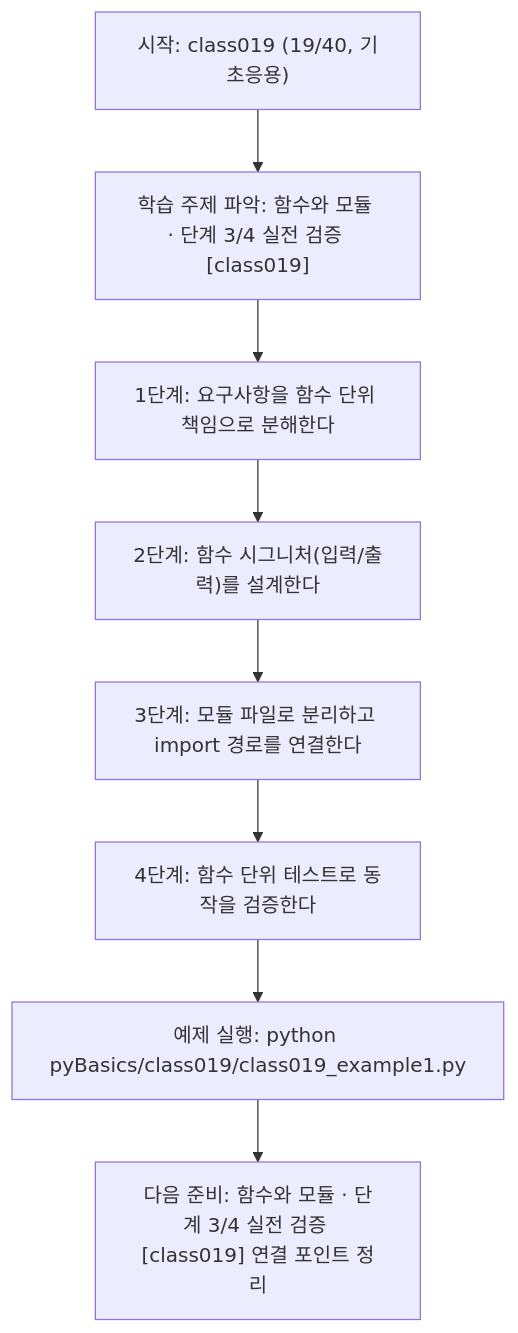
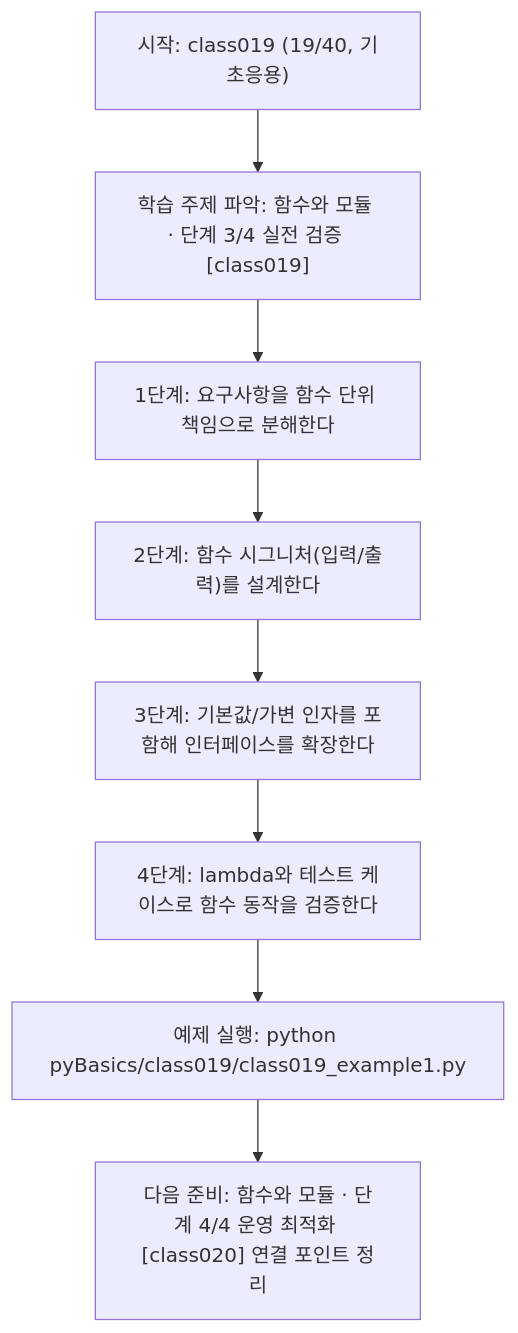
The diagram in pyBasics/class019/class019.md (edumgt/Python-AI_Agent-Class), drawn with Mermaid before and after one commit. The commit also changed other lines of this file and 2370 other files, not shown here.

````diff
--- a/pyBasics/class019/class019.md
+++ b/pyBasics/class019/class019.md
@@ -109,18 +91,18 @@
 ```mermaid
 flowchart TD
 N1["시작: class019 (19/40, 기초응용)"]
 N2["학습 주제 파악: 함수와 모듈 · 단계 3/4 실전 검증 [class019]"]
 N3["1단계: 요구사항을 함수 단위 책임으로 분해한다"]
 N4["2단계: 함수 시그니처(입력/출력)를 설계한다"]
-N5["3단계: 모듈 파일로 분리하고 import 경로를 연결한다"]
-N6["4단계: 함수 단위 테스트로 동작을 검증한다"]
+N5["3단계: 기본값/가변 인자를 포함해 인터페이스를 확장한다"]
+N6["4단계: lambda와 테스트 케이스로 함수 동작을 검증한다"]
 N7["예제 실행: python pyBasics/class019/class019_example1.py"]
-N8["다음 준비: 함수와 모듈 · 단계 3/4 실전 검증 [class019] 연결 포인트 정리"]
+N8["다음 준비: 함수와 모듈 · 단계 4/4 운영 최적화 [class020] 연결 포인트 정리"]
 N1 --> N2
 N2 --> N3
 N3 --> N4
 N4 --> N5
 N5 --> N6
 N6 --> N7
 N7 --> N8
 ```
````
